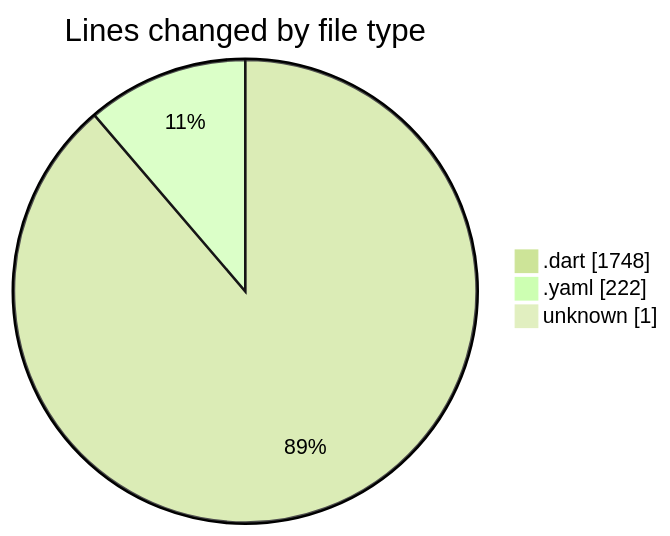
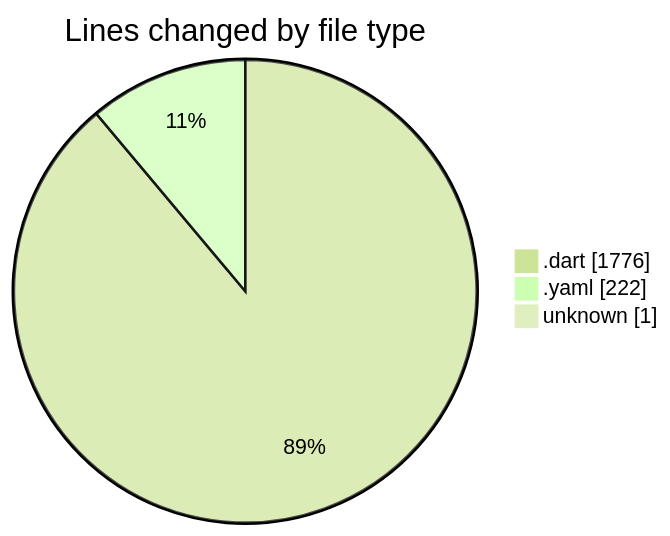
One commit to donsfak/code-tracking changed the first of 2 diagrams in 2025-03-08/uber_clone/README.md. Above: the diagram before and after it, drawn with Mermaid (forest theme). The commit also changed other lines of this file and 1 other file, not shown here.

````diff
--- a/2025-03-08/uber_clone/README.md
+++ b/2025-03-08/uber_clone/README.md
@@ -24,7 +24,7 @@
 ```mermaid
 pie showData
 title Lines changed by file type
-".dart" : 1748
+".dart" : 1776
 ".yaml" : 222
 "unknown" : 1
 ```
````
